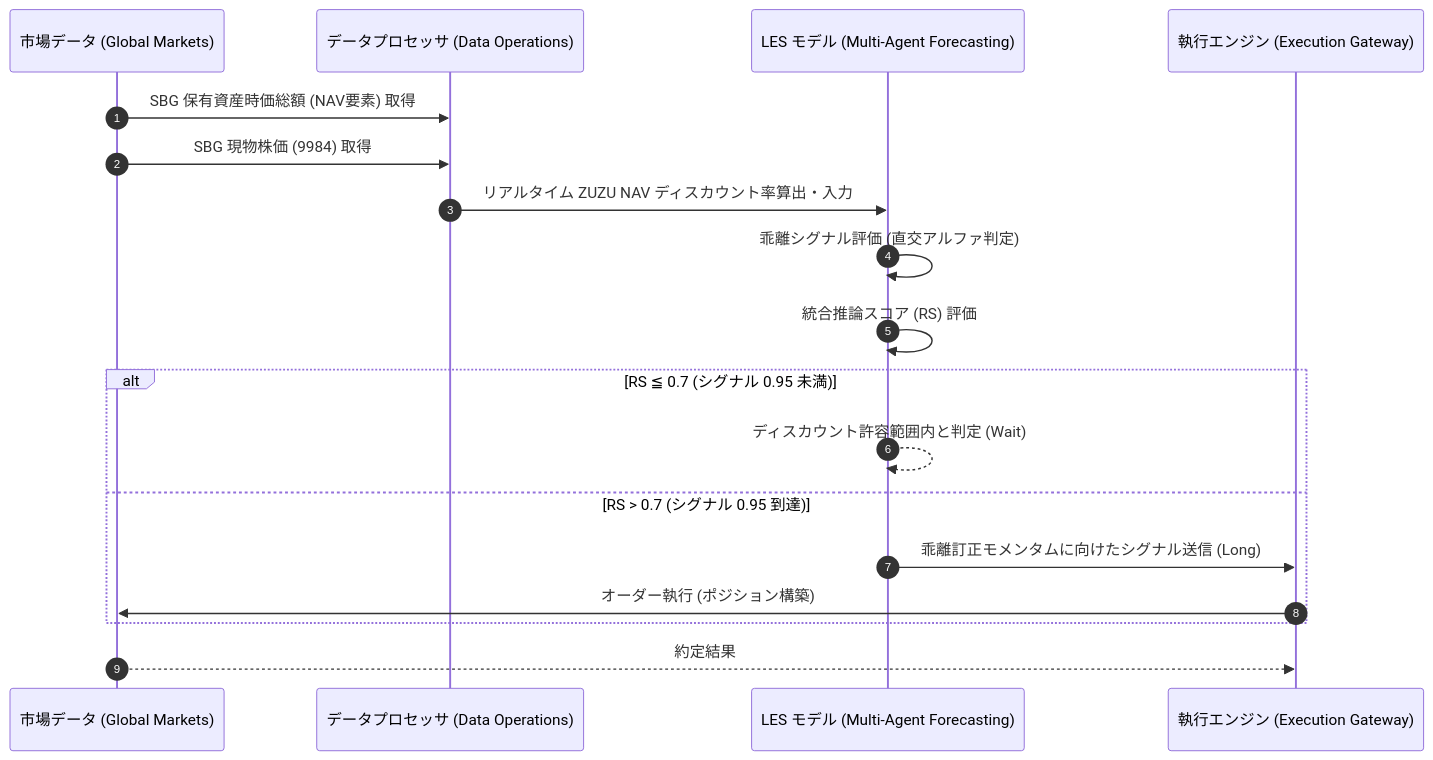
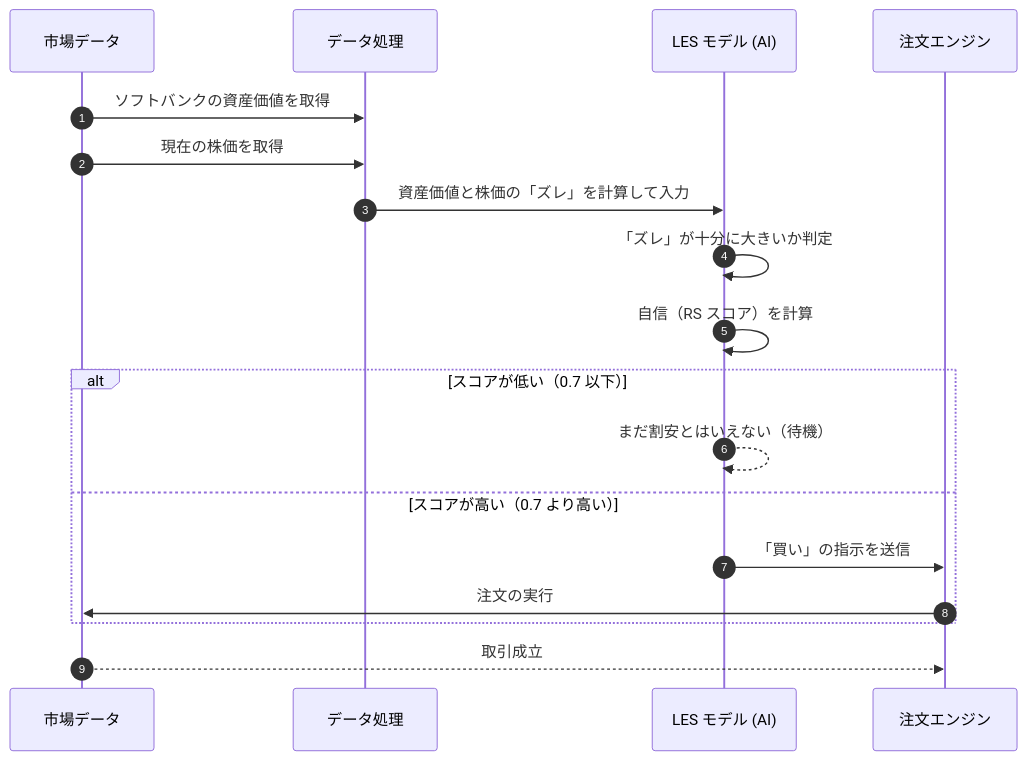
Before and after one commit to KAFKA2306/investor: the diagram in docs/arxiv/20260225_run_20260226_zuzu_nav.md, drawn with Mermaid. The commit also changed other lines of this file and 19 other files, not shown here.

````diff
--- a/docs/arxiv/20260225_run_20260226_zuzu_nav.md
+++ b/docs/arxiv/20260225_run_20260226_zuzu_nav.md
@@ -36,21 +33,21 @@
 ```mermaid
 sequenceDiagram
     autonumber
-    participant Market as 市場データ (Global Markets)
-    participant DataOps as データプロセッサ (Data Operations)
-    participant Model as LES モデル (Multi-Agent Forecasting)
-    participant Exec as 執行エンジン (Execution Gateway)
+    participant Market as 市場データ
+    participant DataOps as データ処理
+    participant Model as LES モデル (AI)
+    participant Exec as 注文エンジン
 
-    Market->>DataOps: SBG 保有資産時価総額 (NAV要素) 取得
-    Market->>DataOps: SBG 現物株価 (9984) 取得
-    DataOps->>Model: リアルタイム ZUZU NAV ディスカウント率算出・入力
-    Model->>Model: 乖離シグナル評価 (直交アルファ判定)
-    Model->>Model: 統合推論スコア (RS) 評価
-    alt RS ≦ 0.7 (シグナル 0.95 未満)
-        Model-->>Model: ディスカウント許容範囲内と判定 (Wait)
-    else RS > 0.7 (シグナル 0.95 到達)
-        Model->>Exec: 乖離訂正モメンタムに向けたシグナル送信 (Long)
-        Exec->>Market: オーダー執行 (ポジション構築)
+    Market->>DataOps: ソフトバンクの資産価値を取得
+    Market->>DataOps: 現在の株価を取得
+    DataOps->>Model: 資産価値と株価の「ズレ」を計算して入力
+    Model->>Model: 「ズレ」が十分に大きいか判定
+    Model->>Model: 自信（RS スコア）を計算
+    alt スコアが低い（0.7 以下）
+        Model-->>Model: まだ割安とはいえない（待機）
+    else スコアが高い（0.7 より高い）
+        Model->>Exec: 「買い」の指示を送信
+        Exec->>Market: 注文の実行
     end
-    Market-->>Exec: 約定結果
+    Market-->>Exec: 取引成立
 ```
````
